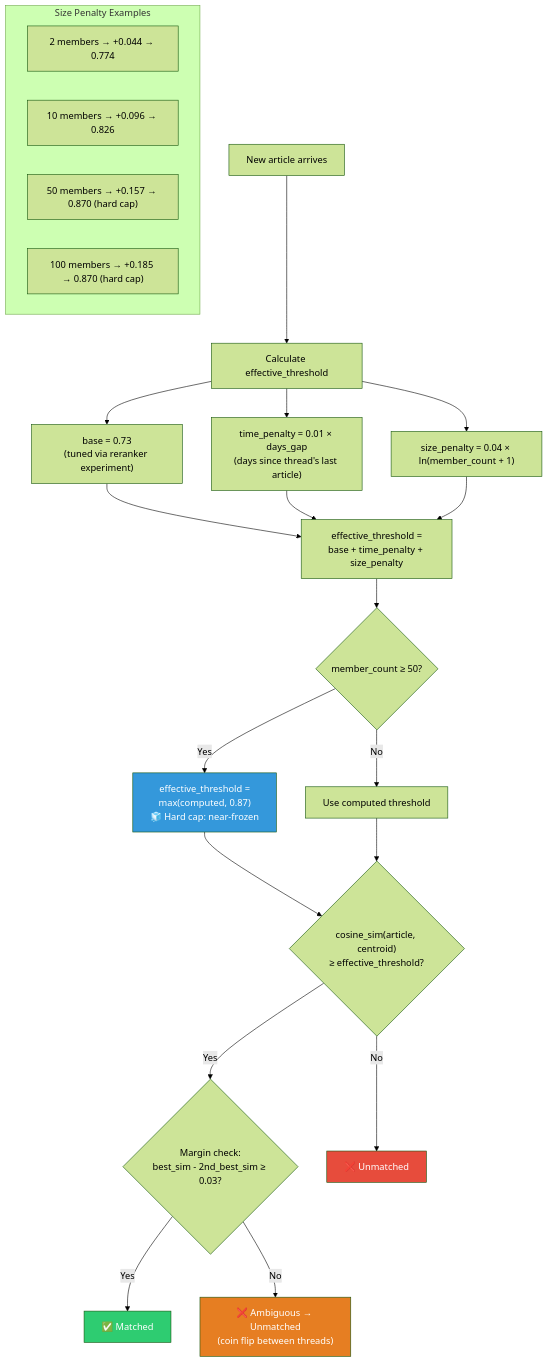
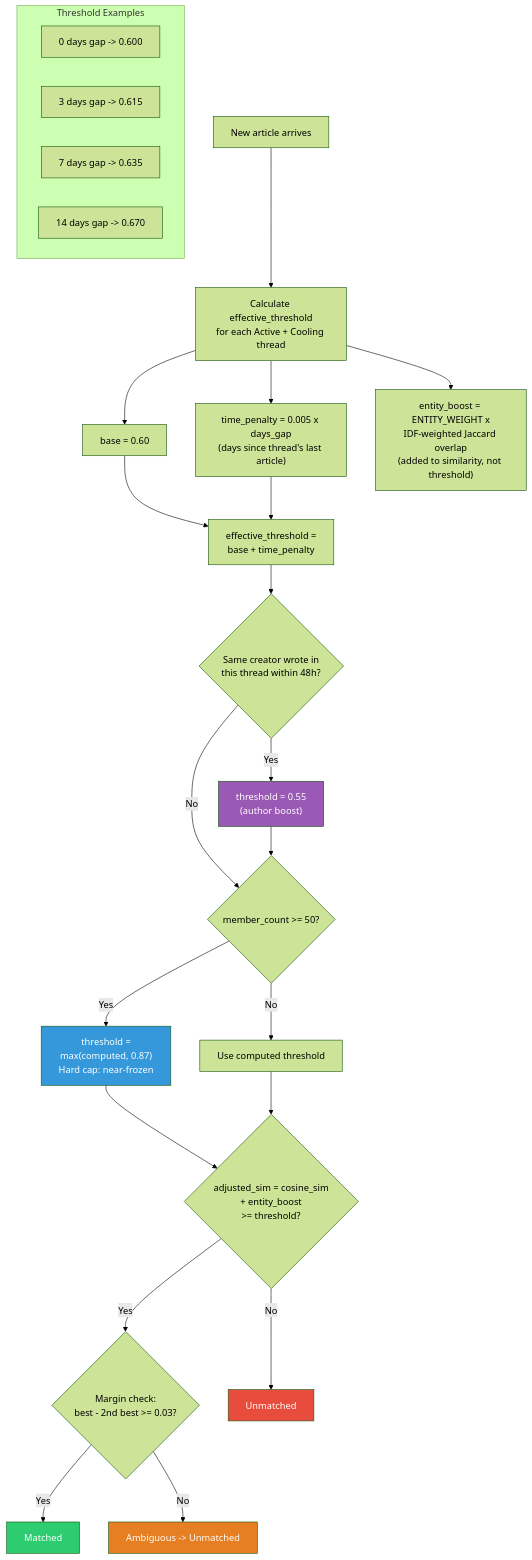
Before and after one commit to choym92/araverus: the third of 10 diagrams in docs/1.2-news-threading-visual.md, drawn with Mermaid (forest theme). The commit also changed other lines of this file and 40 other files, not shown here.

````diff
--- a/docs/1.2-news-threading-visual.md
+++ b/docs/1.2-news-threading-visual.md
@@ -83,36 +86,40 @@
 ```mermaid
 flowchart TD
-    START["New article arrives"] --> CALC["Calculate effective_threshold"]
+    START["New article arrives"] --> CALC["Calculate effective_threshold<br/>for each Active + Cooling thread"]
 
-    CALC --> BASE["base = 0.73<br/>(tuned via reranker experiment)"]
-    CALC --> TIME["time_penalty = 0.01 × days_gap<br/>(days since thread's last article)"]
-    CALC --> SIZE["size_penalty = 0.04 × ln(member_count + 1)"]
+    CALC --> BASE["base = 0.60"]
+    CALC --> TIME["time_penalty = 0.005 x days_gap<br/>(days since thread's last article)"]
+    CALC --> ENTITY["entity_boost = ENTITY_WEIGHT x<br/>IDF-weighted Jaccard overlap<br/>(added to similarity, not threshold)"]
 
-    BASE --> SUM["effective_threshold =<br/>base + time_penalty + size_penalty"]
+    BASE --> SUM["effective_threshold =<br/>base + time_penalty"]
     TIME --> SUM
-    SIZE --> SUM
 
-    SUM --> CAP{"member_count ≥ 50?"}
-    CAP -->|Yes| HARDCAP["effective_threshold =<br/>max(computed, 0.87)<br/>🧊 Hard cap: near-frozen"]
+    SUM --> AUTHOR{"Same creator wrote in<br/>this thread within 48h?"}
+    AUTHOR -->|Yes| BOOST["threshold = 0.55<br/>(author boost)"]
+    AUTHOR -->|No| CAP
+
+    BOOST --> CAP{"member_count >= 50?"}
+    CAP -->|Yes| HARDCAP["threshold =<br/>max(computed, 0.87)<br/>Hard cap: near-frozen"]
     CAP -->|No| FINAL["Use computed threshold"]
     HARDCAP --> COMPARE
     FINAL --> COMPARE
 
-    COMPARE{"cosine_sim(article, centroid)<br/>≥ effective_threshold?"}
-    COMPARE -->|Yes| MARGIN{"Margin check:<br/>best_sim - 2nd_best_sim ≥ 0.03?"}
-    COMPARE -->|No| UNMATCHED["❌ Unmatched"]
-    MARGIN -->|Yes| MATCHED["✅ Matched"]
-    MARGIN -->|No| AMBIG["❌ Ambiguous → Unmatched<br/>(coin flip between threads)"]
+    COMPARE{"adjusted_sim = cosine_sim<br/>+ entity_boost<br/>>= threshold?"}
+    COMPARE -->|Yes| MARGIN{"Margin check:<br/>best - 2nd best >= 0.03?"}
+    COMPARE -->|No| UNMATCHED["Unmatched"]
+    MARGIN -->|Yes| MATCHED["Matched"]
+    MARGIN -->|No| AMBIG["Ambiguous -> Unmatched"]
 
-    subgraph "Size Penalty Examples"
-        EX1["2 members → +0.044 → 0.774"]
-        EX2["10 members → +0.096 → 0.826"]
-        EX3["50 members → +0.157 → 0.870 (hard cap)"]
-        EX4["100 members → +0.185 → 0.870 (hard cap)"]
+    subgraph "Threshold Examples"
+        EX1["0 days gap -> 0.600"]
+        EX2["3 days gap -> 0.615"]
+        EX3["7 days gap -> 0.635"]
+        EX4["14 days gap -> 0.670"]
     end
 
     style MATCHED fill:#2ecc71,color:#fff
     style UNMATCHED fill:#e74c3c,color:#fff
     style AMBIG fill:#e67e22,color:#fff
     style HARDCAP fill:#3498db,color:#fff
+    style BOOST fill:#9b59b6,color:#fff
 ```
````
